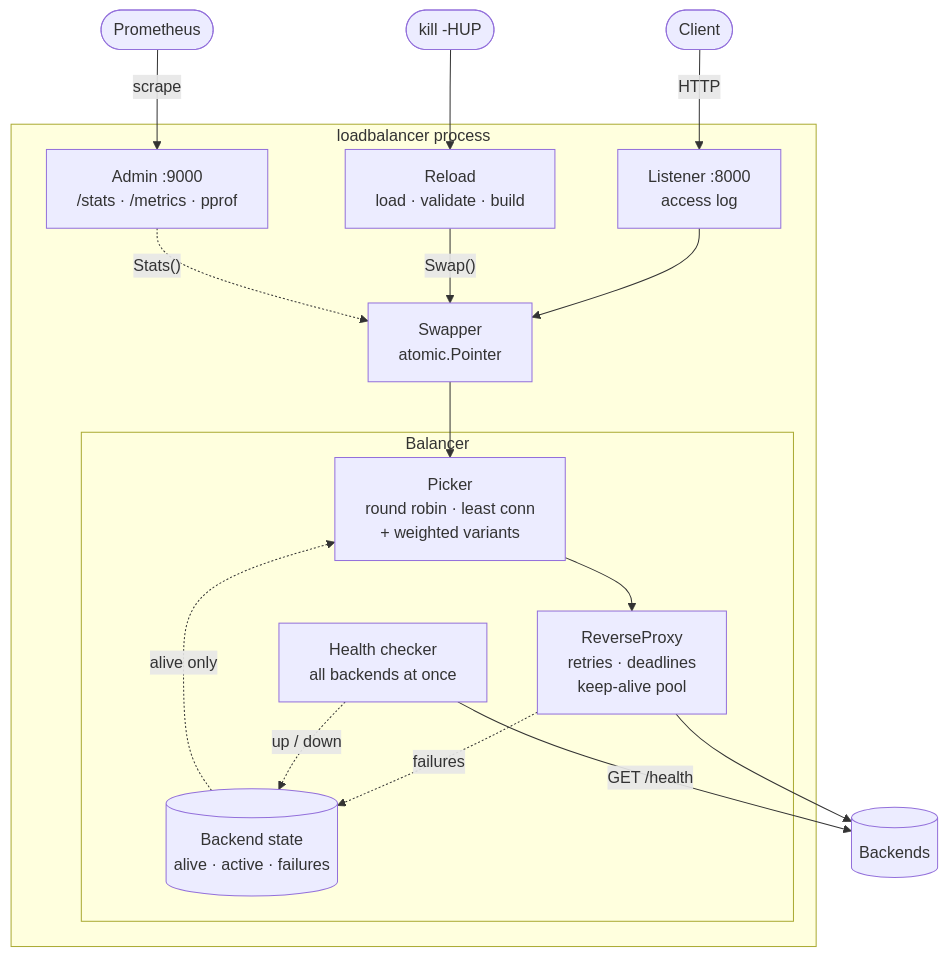
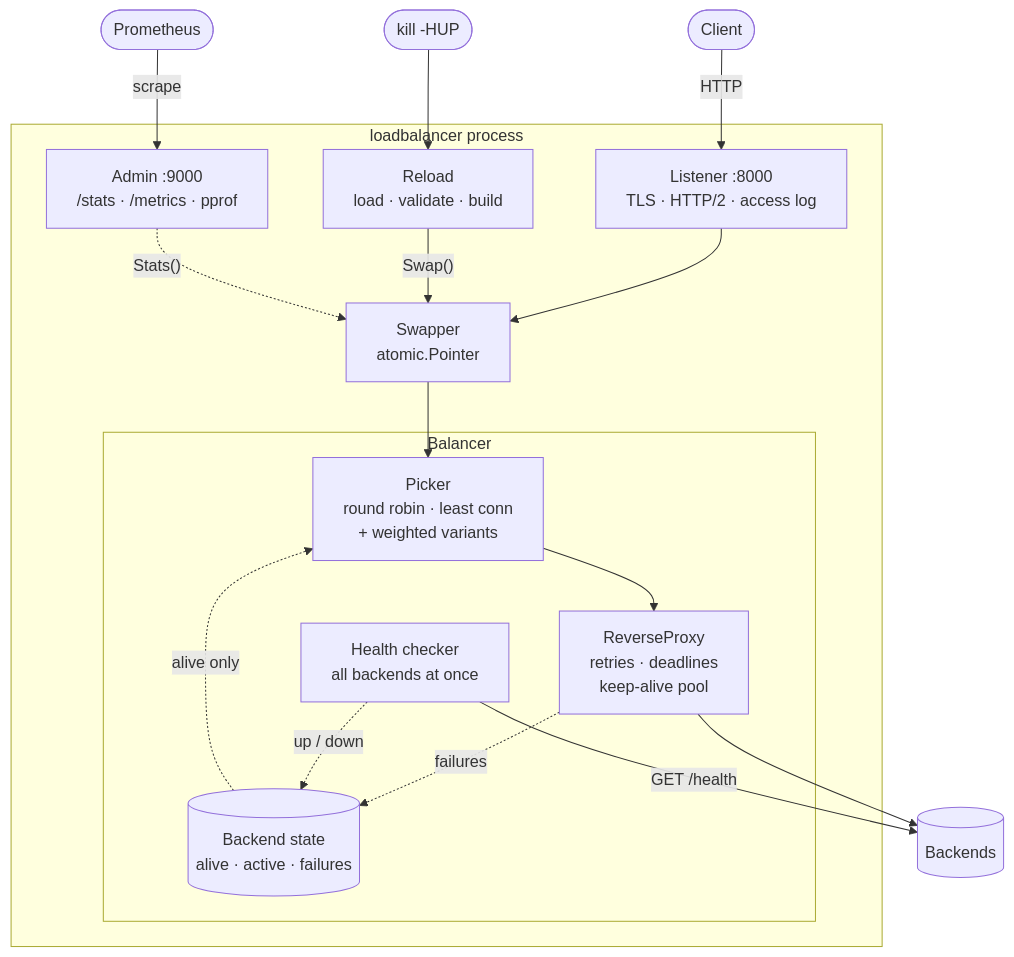
Before and after one commit to francisco3ferraz/loadbalancer: the diagram in README.md, drawn with Mermaid. The commit also changed other lines of this file and 6 other files, not shown here.

Commit message:
terminate TLS with HTTP/2 and reload certificates on SIGHUP

````diff
--- a/README.md
+++ b/README.md
@@ -10,24 +10,24 @@
 ```mermaid
 flowchart TB
     client([Client]) -->|HTTP| listener
 
     subgraph process [loadbalancer process]
-        listener["Listener :8000<br/>access log"] --> swapper["Swapper<br/>atomic.Pointer"]
+        listener["Listener :8000<br/>TLS · HTTP/2 · access log"] --> swapper["Swapper<br/>atomic.Pointer"]
         subgraph balancer [Balancer]
             picker["Picker<br/>round robin · least conn<br/>+ weighted variants"] --> proxy["ReverseProxy<br/>retries · deadlines<br/>keep-alive pool"]
             state[("Backend state<br/>alive · active · failures")]
             health["Health checker<br/>all backends at once"]
         end
         swapper --> picker
         state -.->|alive only| picker
         proxy -.->|failures| state
         health -.->|up / down| state
         reload["Reload<br/>load · validate · build"] -->|"Swap()"| swapper
         admin["Admin :9000<br/>/stats · /metrics · pprof"] -.->|"Stats()"| swapper
     end
 
     proxy --> backends[(Backends)]
     health -->|GET /health| backends
     sighup([kill -HUP]) --> reload
     prometheus([Prometheus]) -->|scrape| admin
 ```
````
